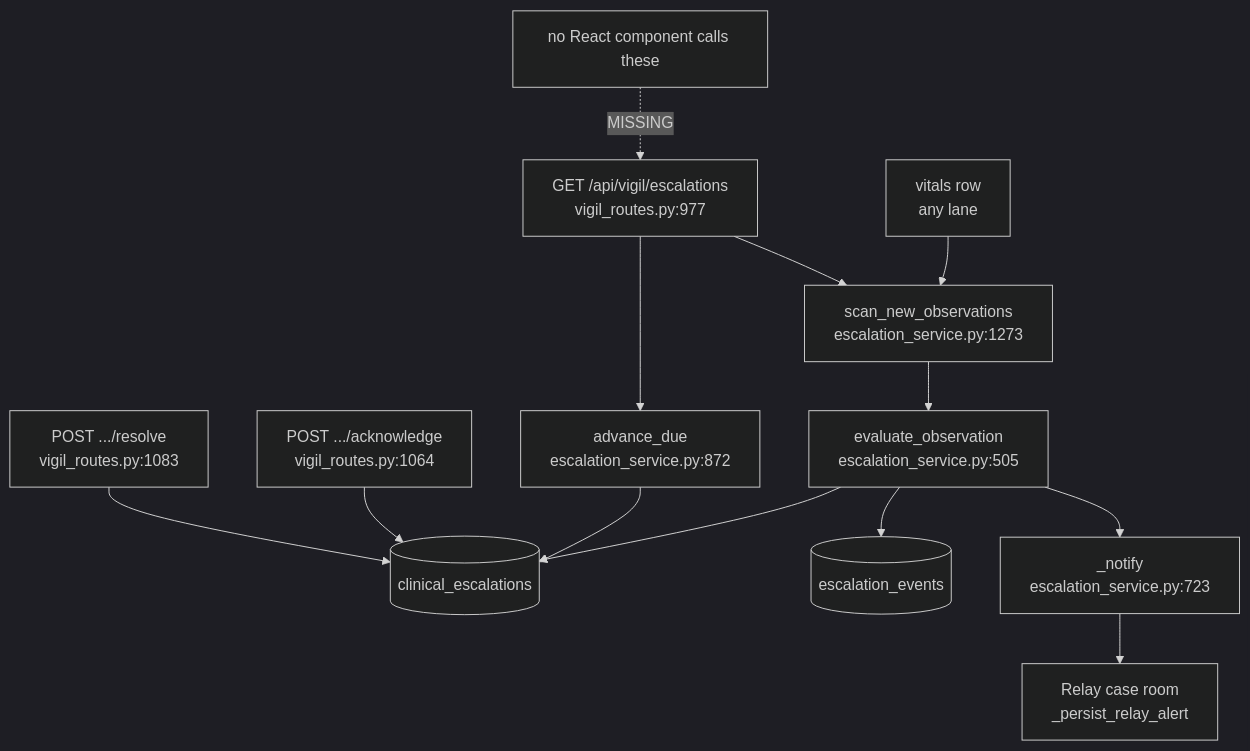
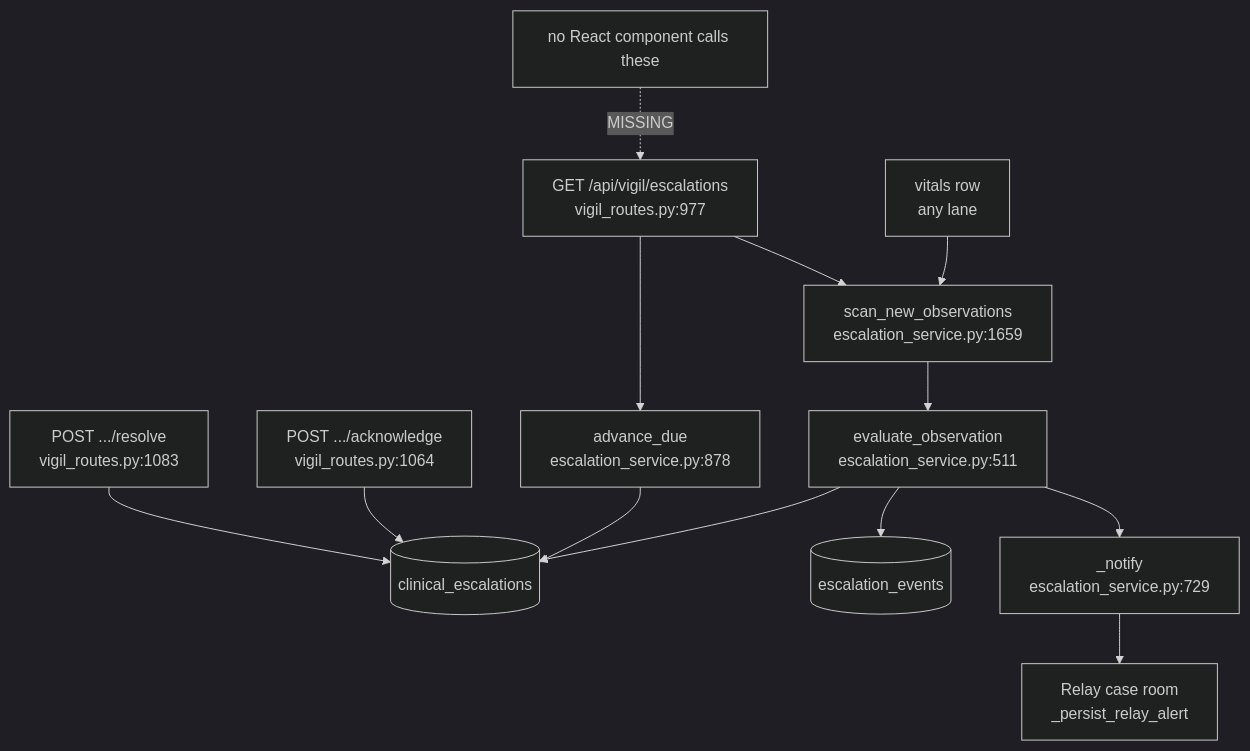
The first of 2 diagrams in docs/guide/32-escalation-chain.md (samuelmorningstar23/Orb), drawn with Mermaid (dark theme) before and after one commit. The commit also changed other lines of this file and 188 other files, not shown here.

````diff
--- a/docs/guide/32-escalation-chain.md
+++ b/docs/guide/32-escalation-chain.md
@@ -30,15 +30,15 @@
 ```mermaid
 graph TD
-  V[vitals row<br/>any lane] --> SCAN[scan_new_observations<br/>escalation_service.py:1273]
-  SCAN --> EVAL[evaluate_observation<br/>escalation_service.py:505]
+  V[vitals row<br/>any lane] --> SCAN[scan_new_observations<br/>escalation_service.py:1659]
+  SCAN --> EVAL[evaluate_observation<br/>escalation_service.py:511]
   EVAL --> CE[(clinical_escalations)]
   EVAL --> EV[(escalation_events)]
-  EVAL --> NOTIFY[_notify<br/>escalation_service.py:723]
+  EVAL --> NOTIFY[_notify<br/>escalation_service.py:729]
   NOTIFY --> RELAY[Relay case room<br/>_persist_relay_alert]
-  CLOCK[advance_due<br/>escalation_service.py:872] --> CE
+  CLOCK[advance_due<br/>escalation_service.py:878] --> CE
   READ[GET /api/vigil/escalations<br/>vigil_routes.py:977] --> CLOCK
   READ --> SCAN
   ACK[POST .../acknowledge<br/>vigil_routes.py:1064] --> CE
   RES[POST .../resolve<br/>vigil_routes.py:1083] --> CE
   UI[no React component calls these] -.->|MISSING| READ
 ```
````
